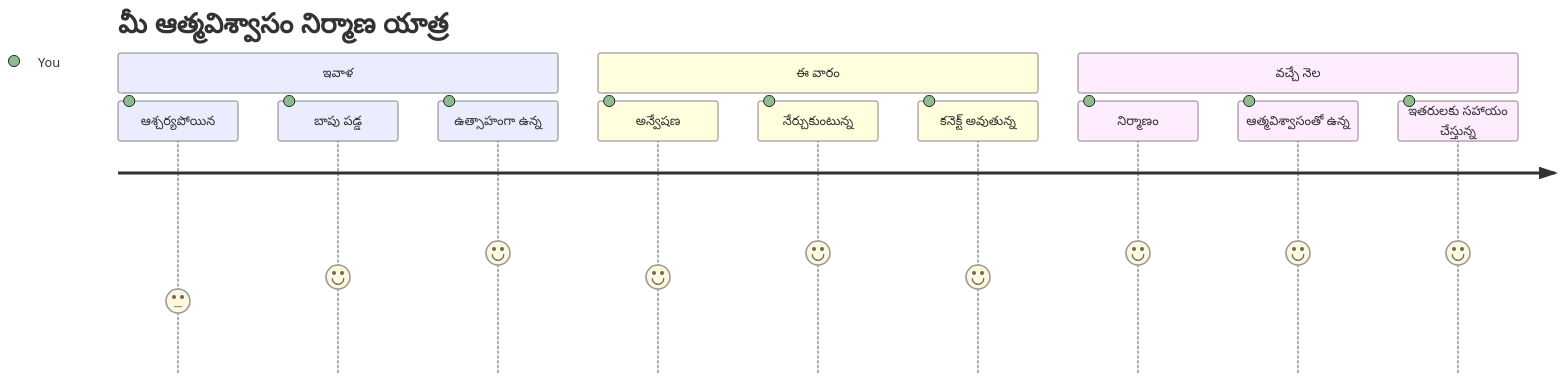
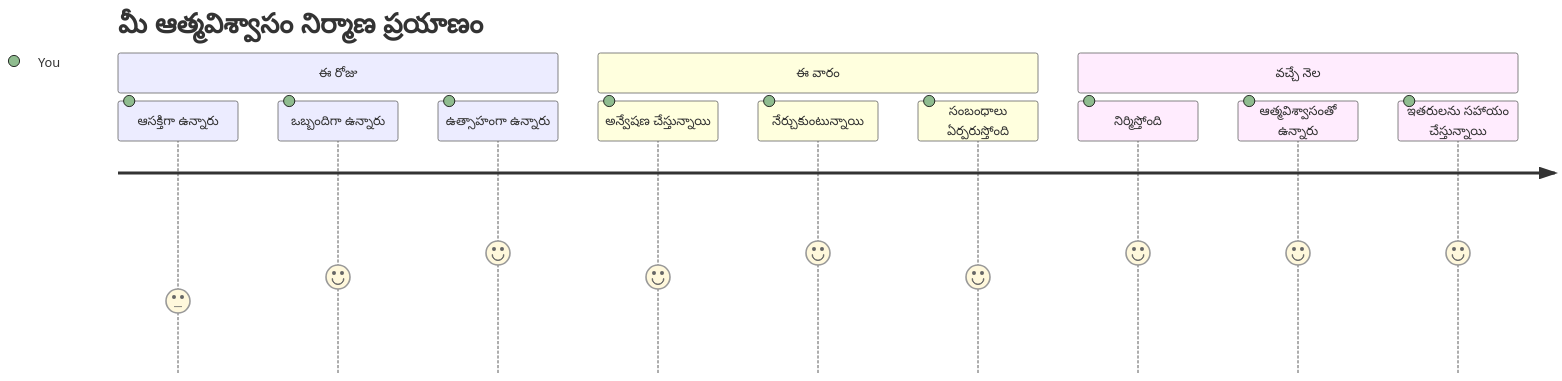
The seventh of 7 diagrams in translations/te/1-getting-started-lessons/1-intro-to-programming-languages/README.md (microsoft/Web-Dev-For-Beginners), drawn with Mermaid before and after one commit. The commit also changed other lines of this file and 13 other files, not shown here.

````diff
--- a/translations/te/1-getting-started-lessons/1-intro-to-programming-languages/README.md
+++ b/translations/te/1-getting-started-lessons/1-intro-to-programming-languages/README.md
@@ -827,16 +825,16 @@
 ```mermaid
 journey
-    title మీ ఆత్మవిశ్వాసం నిర్మాణ యాత్ర
-    section ఇవాళ
-      ఆశ్చర్యపోయిన: 3: You
-      బాపు పడ్డ: 4: You
-      ఉత్సాహంగా ఉన్న: 5: You
+    title మీ ఆత్మవిశ్వాసం నిర్మాణ ప్రయాణం
+    section ఈ రోజు
+      ఆసక్తిగా ఉన్నారు: 3: You
+      ఒబ్బందిగా ఉన్నారు: 4: You
+      ఉత్సాహంగా ఉన్నారు: 5: You
     section ఈ వారం
-      అన్వేషణ: 4: You
-      నేర్చుకుంటున్న: 5: You
-      కనెక్ట్ అవుతున్న: 4: You
+      అన్వేషణ చేస్తున్నాయి: 4: You
+      నేర్చుకుంటున్నాయి: 5: You
+      సంబంధాలు ఏర్పరుస్తోంది: 4: You
     section వచ్చే నెల
-      నిర్మాణం: 5: You
-      ఆత్మవిశ్వాసంతో ఉన్న: 5: You
-      ఇతరులకు సహాయం చేస్తున్న: 5: You
+      నిర్మిస్తోంది: 5: You
+      ఆత్మవిశ్వాసంతో ఉన్నారు: 5: You
+      ఇతరులను సహాయం చేస్తున్నాయి: 5: You
 ```
````
